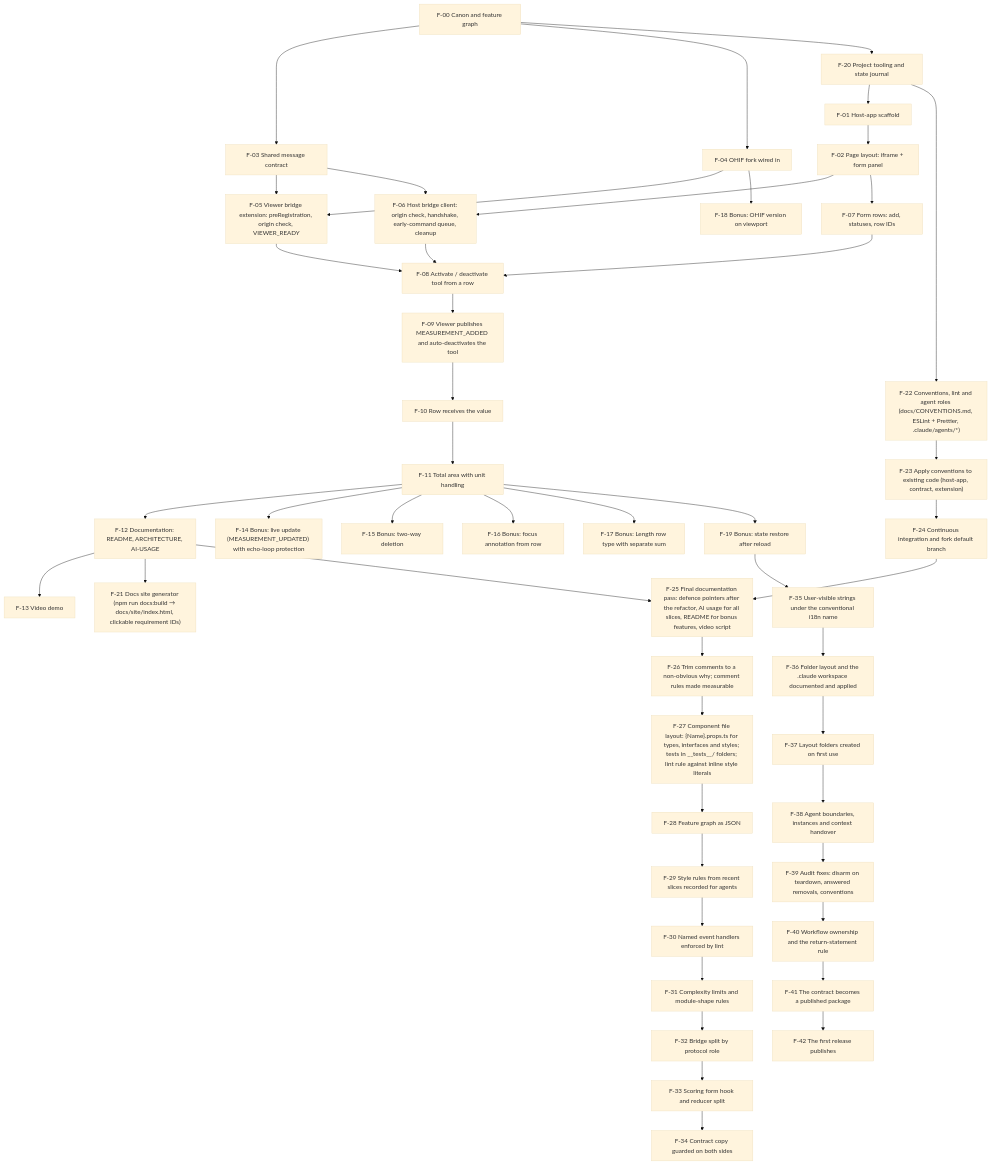
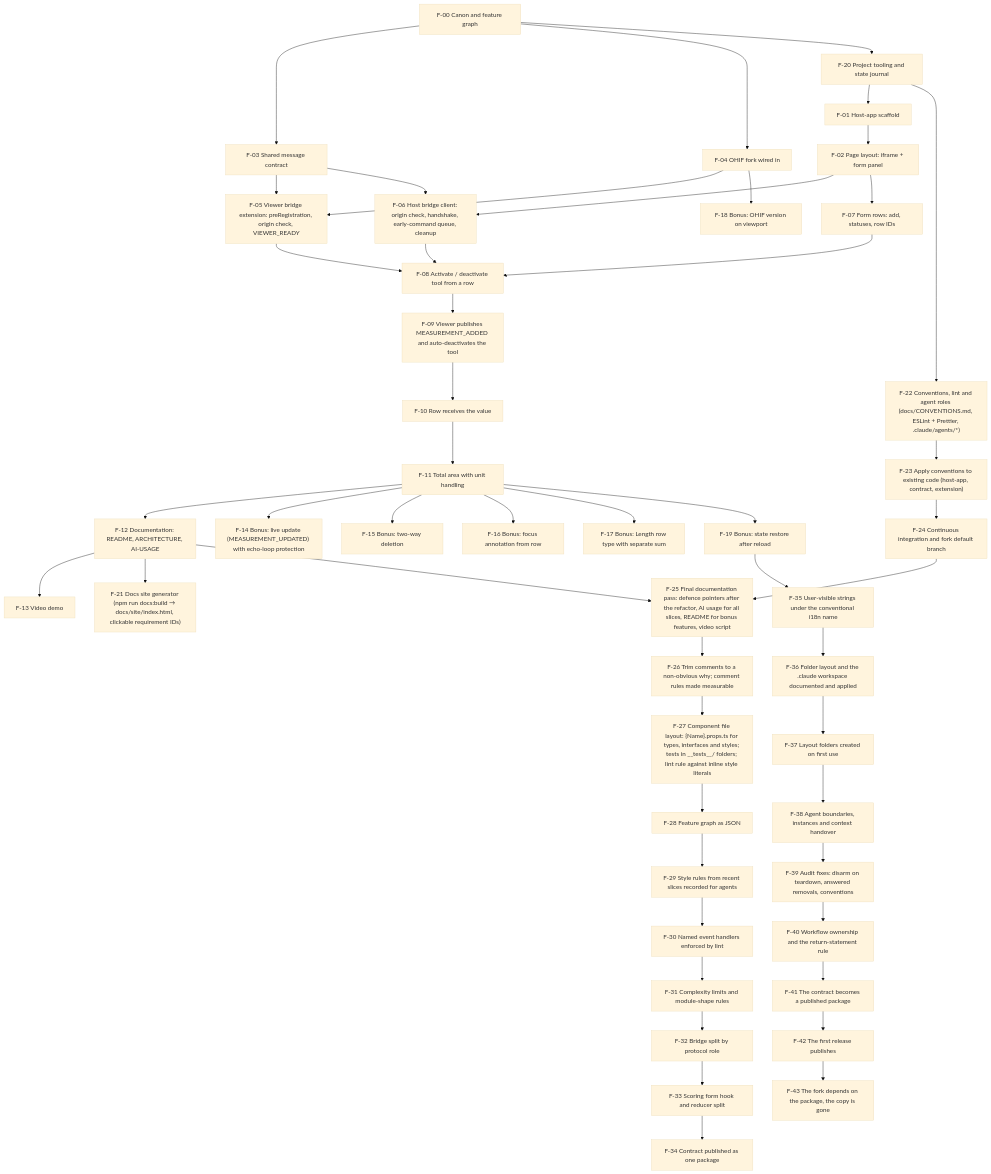
Before and after one commit to bdiadiun/artifact-synchronization: the diagram in docs/FEATURE-GRAPH.md, drawn with Mermaid (base theme). The commit also changed other lines of this file and 22 other files, not shown here.

Commit message:
chore: the fork consumes the published contract

````diff
--- a/docs/FEATURE-GRAPH.md
+++ b/docs/FEATURE-GRAPH.md
@@ -133,7 +134,7 @@
   F31["F-31 Complexity limits and module-shape rules"]
   F32["F-32 Bridge split by protocol role"]
   F33["F-33 Scoring form hook and reducer split"]
-  F34["F-34 Contract copy guarded on both sides"]
+  F34["F-34 Contract published as one package"]
   F35["F-35 User-visible strings under the conventional i18n name"]
   F36["F-36 Folder layout and the .claude workspace documented and applied"]
   F37["F-37 Layout folders created on first use"]
@@ -142,6 +143,7 @@
   F40["F-40 Workflow ownership and the return-statement rule"]
   F41["F-41 The contract becomes a published package"]
   F42["F-42 The first release publishes"]
+  F43["F-43 The fork depends on the package, the copy is gone"]
 
   F20 --> F01
   F01 --> F02
@@ -190,4 +192,5 @@
   F39 --> F40
   F40 --> F41
   F41 --> F42
+  F42 --> F43
 ```
````
